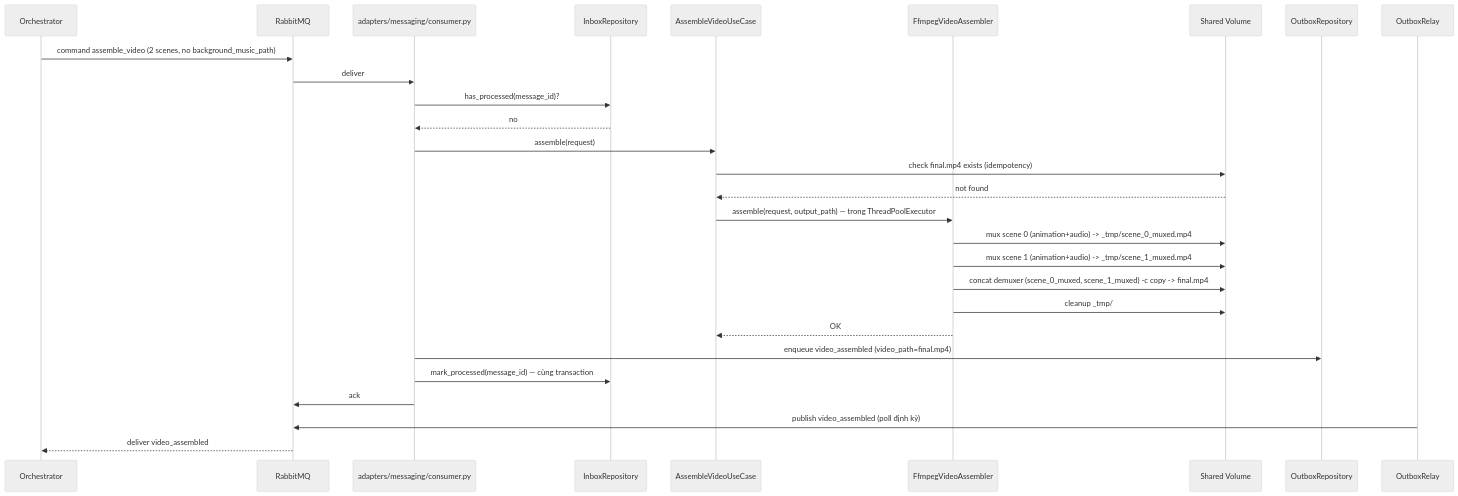
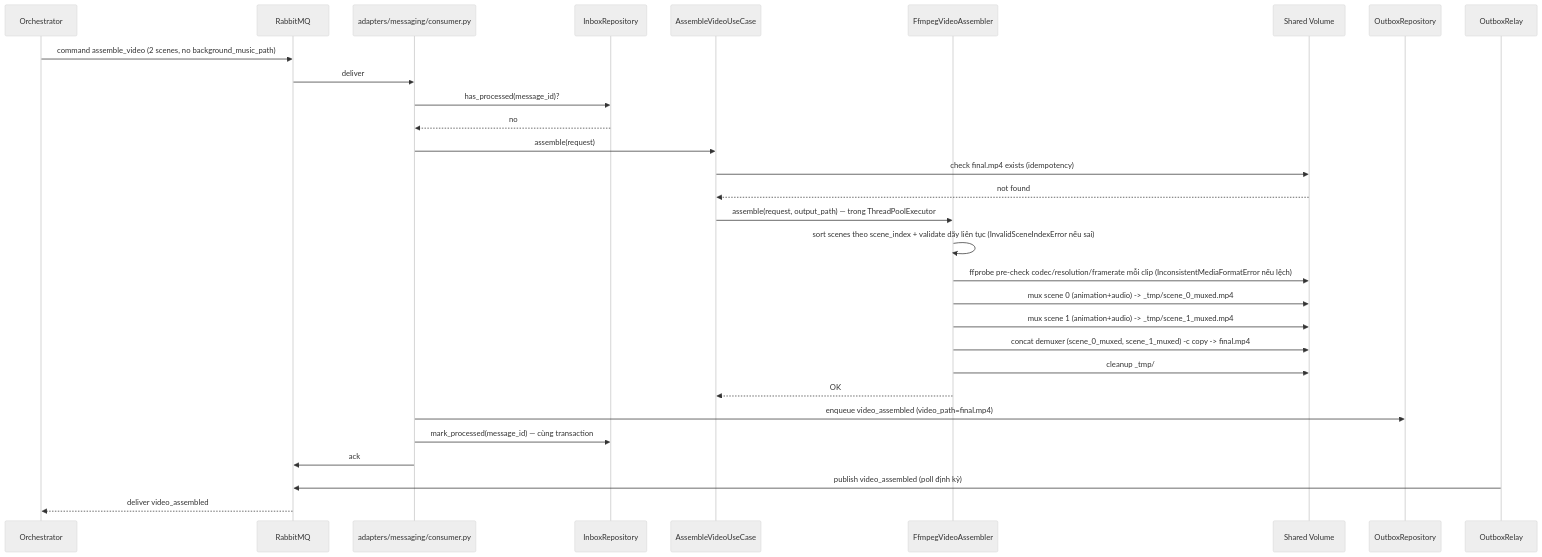
Before and after one commit to ngoc31031997/ConceptFlow: the first of 4 diagrams in aidlc-docs/construction/video-assembly-service/low-level-design/sequence-flows.md, drawn with Mermaid (neutral theme). The commit also changed other lines of this file and 7 other files, not shown here.

````diff
--- a/aidlc-docs/construction/video-assembly-service/low-level-design/sequence-flows.md
+++ b/aidlc-docs/construction/video-assembly-service/low-level-design/sequence-flows.md
@@ -5,35 +7,37 @@
 ```mermaid
 sequenceDiagram
     participant ORCH as Orchestrator
     participant MQ as RabbitMQ
     participant CONSUMER as adapters/messaging/consumer.py
     participant INBOX as InboxRepository
     participant UC as AssembleVideoUseCase
     participant ASM as FfmpegVideoAssembler
     participant FS as Shared Volume
     participant OUTBOX as OutboxRepository
     participant RELAY as OutboxRelay
 
     ORCH->>MQ: command assemble_video (2 scenes, no background_music_path)
     MQ->>CONSUMER: deliver
     CONSUMER->>INBOX: has_processed(message_id)?
     INBOX-->>CONSUMER: no
 
     CONSUMER->>UC: assemble(request)
     UC->>FS: check final.mp4 exists (idempotency)
     FS-->>UC: not found
     UC->>ASM: assemble(request, output_path) — trong ThreadPoolExecutor
 
+    ASM->>ASM: sort scenes theo scene_index + validate dãy liên tục (InvalidSceneIndexError nếu sai)
+    ASM->>FS: ffprobe pre-check codec/resolution/framerate mỗi clip (InconsistentMediaFormatError nếu lệch)
     ASM->>FS: mux scene 0 (animation+audio) -> _tmp/scene_0_muxed.mp4
     ASM->>FS: mux scene 1 (animation+audio) -> _tmp/scene_1_muxed.mp4
     ASM->>FS: concat demuxer (scene_0_muxed, scene_1_muxed) -c copy -> final.mp4
     ASM->>FS: cleanup _tmp/
     ASM-->>UC: OK
 
     CONSUMER->>OUTBOX: enqueue video_assembled (video_path=final.mp4)
     CONSUMER->>INBOX: mark_processed(message_id) — cùng transaction
     CONSUMER->>MQ: ack
 
     RELAY->>MQ: publish video_assembled (poll định kỳ)
     MQ-->>ORCH: deliver video_assembled
 ```
````
